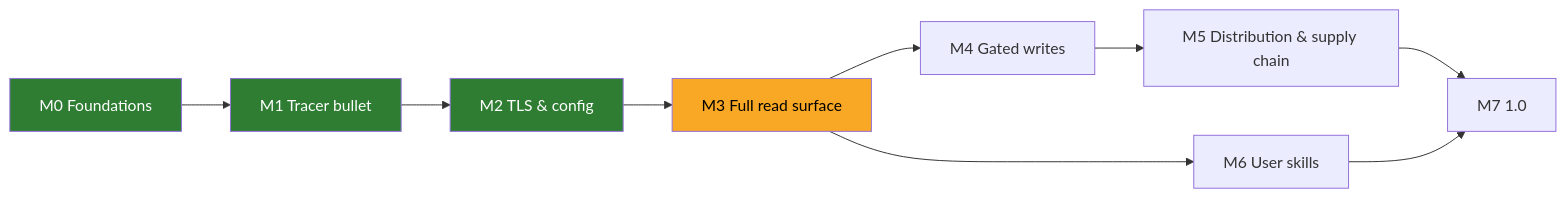
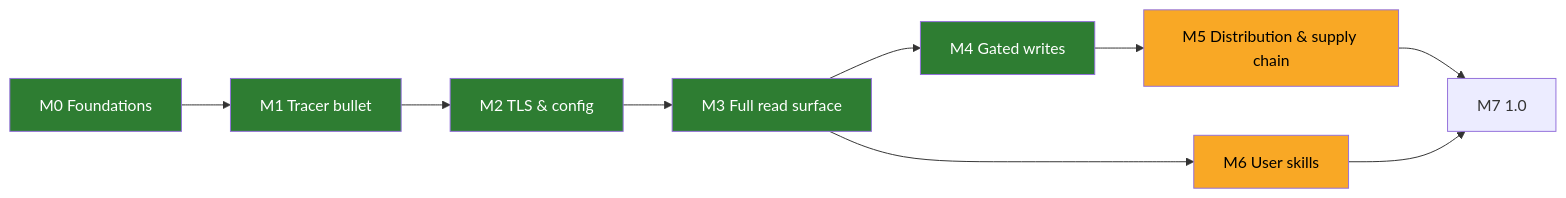
Before and after one commit to rodrigorjsf/langfuse-api-mcp: the diagram in ROADMAP.md, drawn with Mermaid. The commit also changed other lines of this file and 1 other file, not shown here.

````diff
--- a/ROADMAP.md
+++ b/ROADMAP.md
@@ -5,15 +5,15 @@
 ```mermaid
 flowchart LR
   M0[M0 Foundations] --> M1[M1 Tracer bullet]
   M1 --> M2[M2 TLS & config]
   M2 --> M3[M3 Full read surface]
   M3 --> M4[M4 Gated writes]
   M4 --> M5[M5 Distribution & supply chain]
   M3 --> M6[M6 User skills]
   M5 --> M7[M7 1.0]
   M6 --> M7
   classDef done fill:#2e7d32,color:#fff;
   classDef next fill:#f9a825,color:#000;
-  class M0,M1,M2 done;
-  class M3 next;
+  class M0,M1,M2,M3,M4 done;
+  class M5,M6 next;
 ```
````
